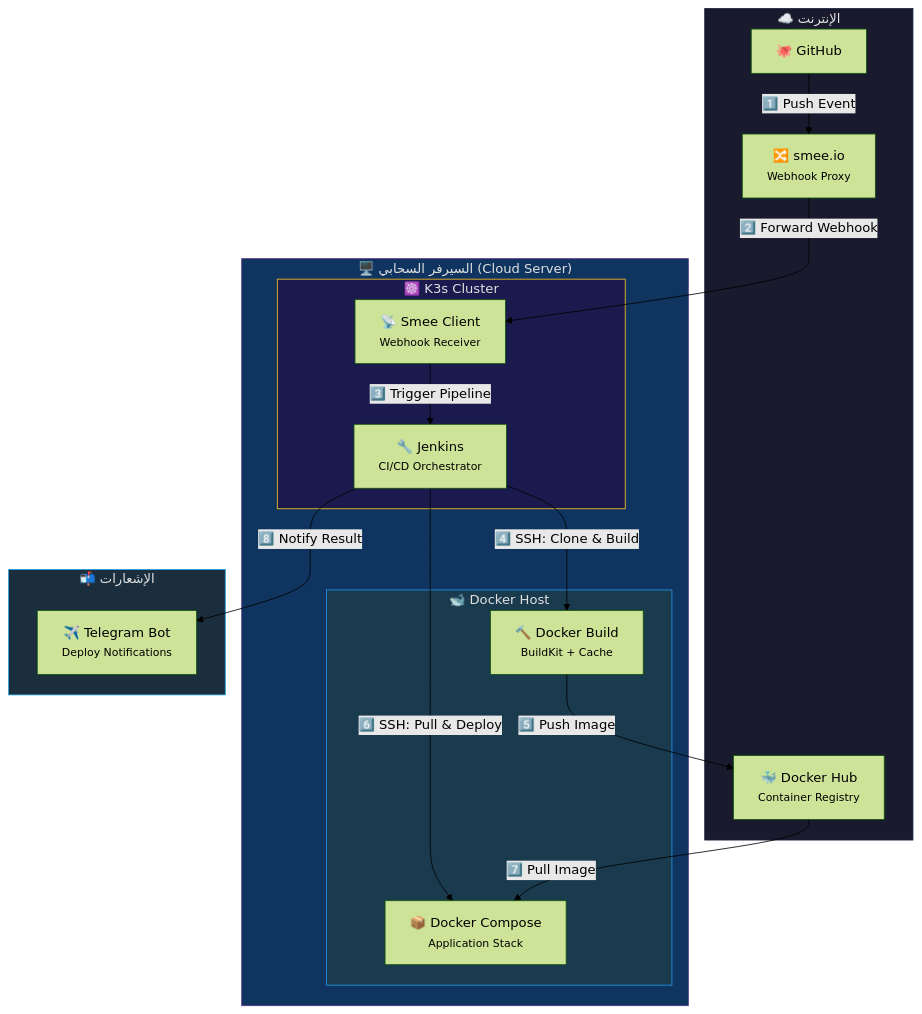
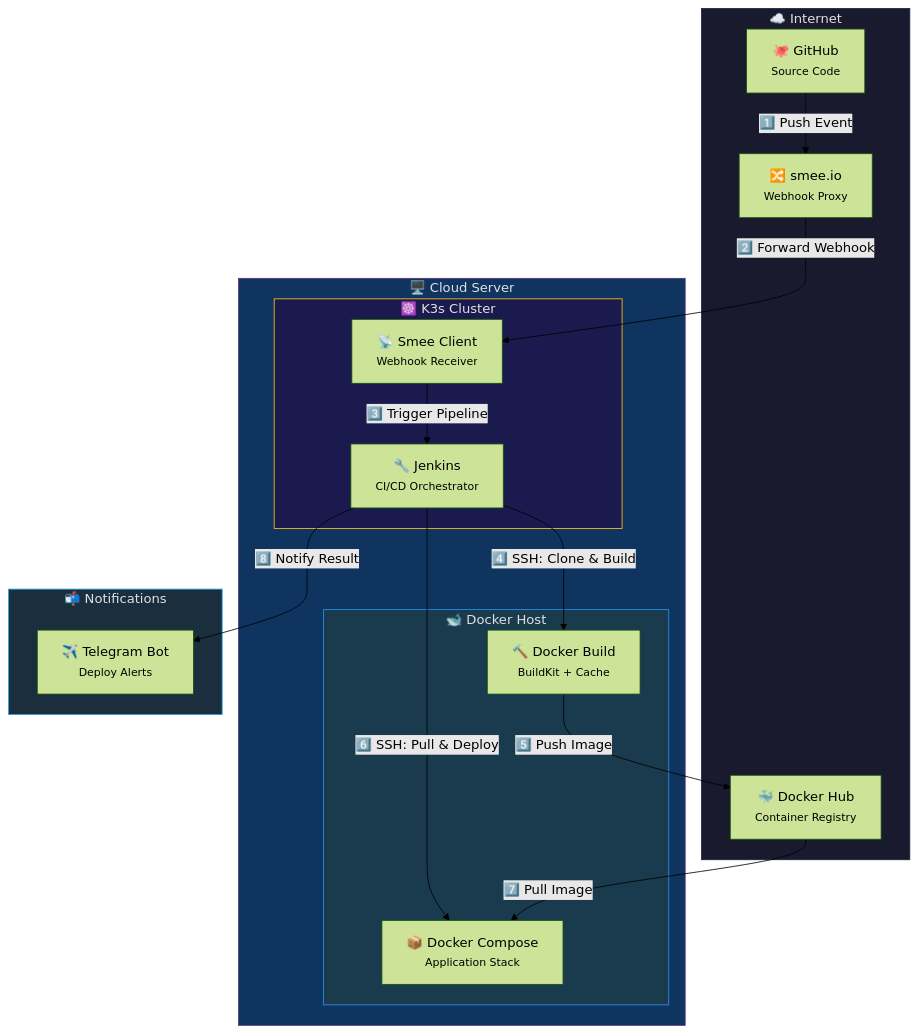
Before and after one commit to mmsal512/k3s-jenkins-hybrid-cicd: the first of 2 diagrams in README.md, drawn with Mermaid (forest theme). The commit also changed other lines of this file and 1 other file, not shown here.

````diff
--- a/README.md
+++ b/README.md
@@ -28,39 +54,39 @@
 ```mermaid
 flowchart TB
-    subgraph INTERNET["☁️ الإنترنت"]
-        GH["🐙 GitHub"]
+    subgraph INTERNET["☁️ Internet"]
+        GH["🐙 GitHub<br/><small>Source Code</small>"]
         SMEE["🔀 smee.io<br/><small>Webhook Proxy</small>"]
         DHR["🐳 Docker Hub<br/><small>Container Registry</small>"]
     end
 
-    subgraph SERVER["🖥️ السيرفر السحابي (Cloud Server)"]
+    subgraph SERVER["🖥️ Cloud Server"]
         subgraph K3S["☸️ K3s Cluster"]
             JK["🔧 Jenkins<br/><small>CI/CD Orchestrator</small>"]
             SC["📡 Smee Client<br/><small>Webhook Receiver</small>"]
         end
 
         subgraph HOST["🐋 Docker Host"]
             DB["🔨 Docker Build<br/><small>BuildKit + Cache</small>"]
             DC["📦 Docker Compose<br/><small>Application Stack</small>"]
         end
     end
 
-    subgraph NOTIFY["📬 الإشعارات"]
-        TG["✈️ Telegram Bot<br/><small>Deploy Notifications</small>"]
+    subgraph NOTIFY["📬 Notifications"]
+        TG["✈️ Telegram Bot<br/><small>Deploy Alerts</small>"]
     end
 
     GH -- "1️⃣ Push Event" --> SMEE
     SMEE -- "2️⃣ Forward Webhook" --> SC
     SC -- "3️⃣ Trigger Pipeline" --> JK
     JK -- "4️⃣ SSH: Clone & Build" --> DB
     DB -- "5️⃣ Push Image" --> DHR
     JK -- "6️⃣ SSH: Pull & Deploy" --> DC
     DHR -- "7️⃣ Pull Image" --> DC
     JK -- "8️⃣ Notify Result" --> TG
 
     style INTERNET fill:#1a1a2e,stroke:#16213e,color:#e0e0e0
     style SERVER fill:#0f3460,stroke:#533483,color:#e0e0e0
     style K3S fill:#1a1a4e,stroke:#FFC61C,color:#e0e0e0
     style HOST fill:#1a3a4e,stroke:#2496ED,color:#e0e0e0
     style NOTIFY fill:#1a2e3e,stroke:#26A5E4,color:#e0e0e0
 ```
````
